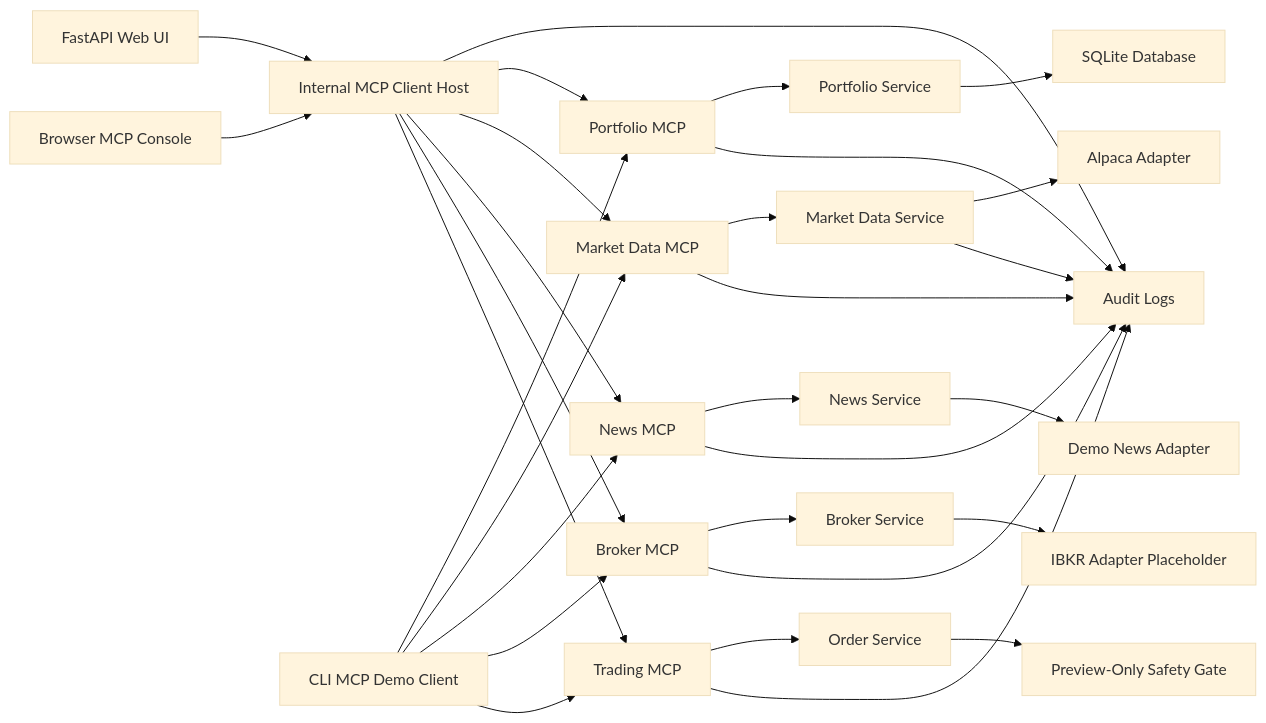
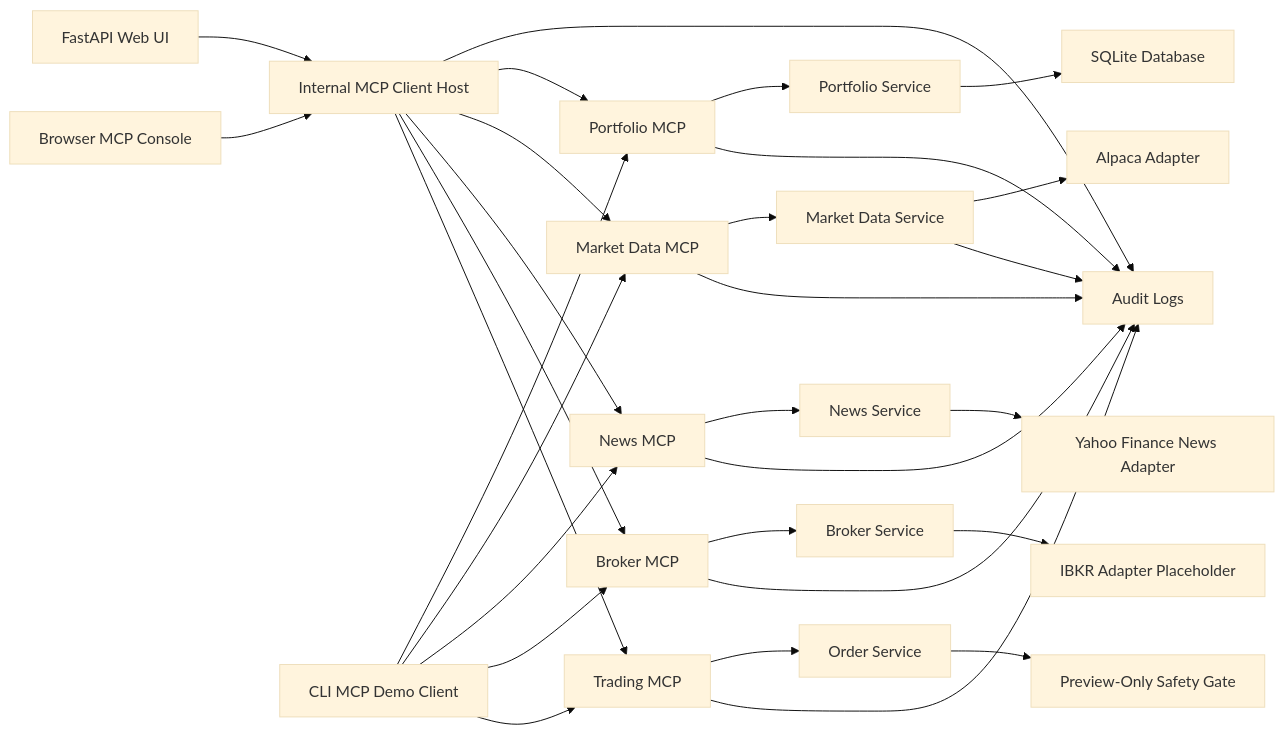
The first of 7 diagrams in docs/architecture_plan.md (thejavascriptways/IFSC-78603-Graduate-Project-trading_journal-mcp), drawn with Mermaid (base theme) before and after one commit. The commit also changed other lines of this file and 18 other files, not shown here.

Commit message:
Add stock news MCP demo workflow

````diff
--- a/docs/architecture_plan.md
+++ b/docs/architecture_plan.md
@@ -20,35 +20,35 @@
 ```mermaid
 flowchart LR
     UI["FastAPI Web UI"] --> HOST["Internal MCP Client Host"]
     CONSOLE["Browser MCP Console"] --> HOST
     CLI["CLI MCP Demo Client"] --> PMCP["Portfolio MCP"]
     CLI --> MMCP["Market Data MCP"]
     CLI --> NMCP["News MCP"]
     CLI --> BMCP["Broker MCP"]
     CLI --> TMCP["Trading MCP"]
 
     HOST --> AUDIT["Audit Logs"]
     HOST --> PMCP
     HOST --> MMCP
     HOST --> NMCP
     HOST --> BMCP
     HOST --> TMCP
 
     PMCP --> PORT["Portfolio Service"]
     MMCP --> MKT["Market Data Service"]
     NMCP --> NEWS["News Service"]
     BMCP --> BROKER["Broker Service"]
     TMCP --> ORDERS["Order Service"]
 
     PORT --> DB["SQLite Database"]
     MKT --> ALPACA["Alpaca Adapter"]
-    NEWS --> DEMO["Demo News Adapter"]
+    NEWS --> YAHOO["Yahoo Finance News Adapter"]
     BROKER --> IBKR["IBKR Adapter Placeholder"]
     ORDERS --> SAFE["Preview-Only Safety Gate"]
     MKT --> AUDIT
     PMCP --> AUDIT
     MMCP --> AUDIT
     NMCP --> AUDIT
     BMCP --> AUDIT
     TMCP --> AUDIT
 ```
````
